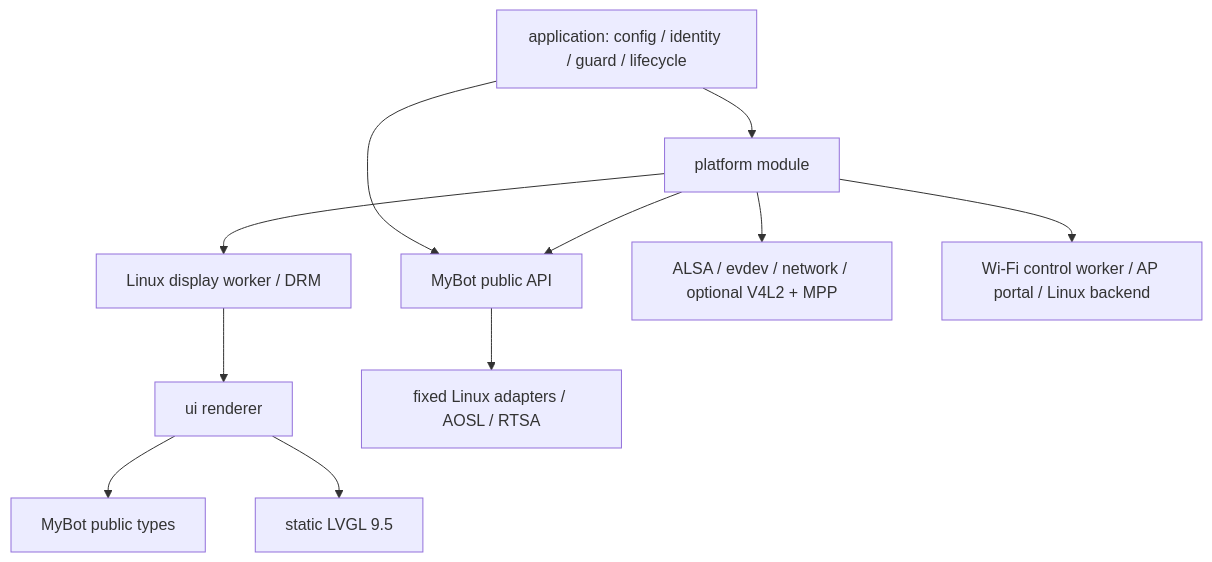
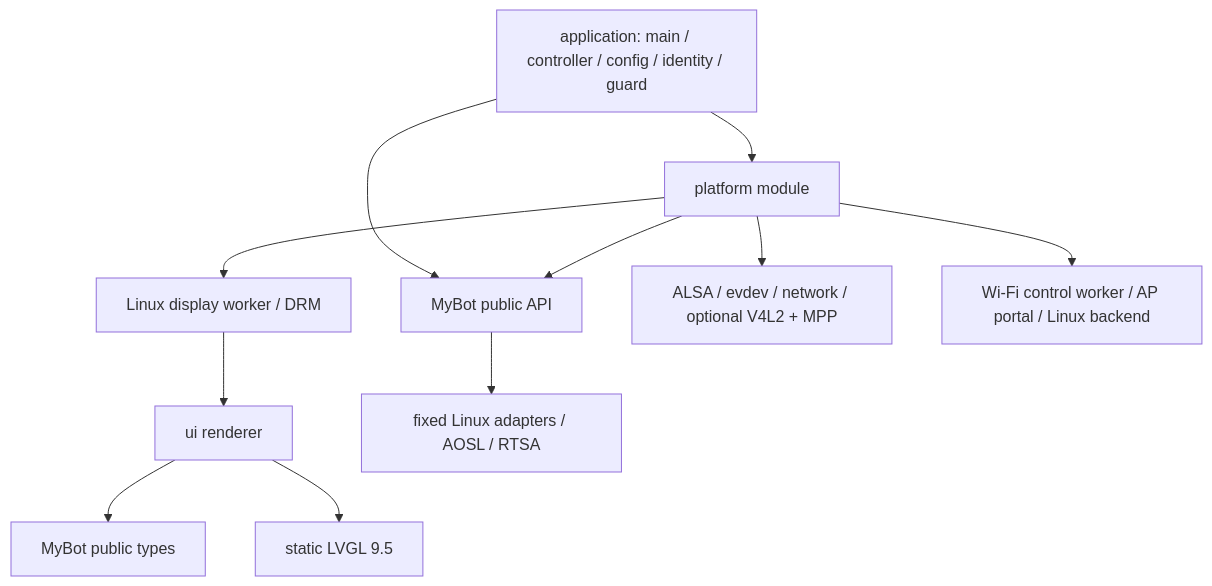
Before and after one commit to AgoraIO-Community/agora-r2-pro-devkit: the diagram in docs/development/architecture.zh-CN.md, drawn with Mermaid. The commit also changed other lines of this file and 24 other files, not shown here.

First line of the commit message:
refactor(app)!: centralize lifecycle and readiness state

````diff
--- a/docs/development/architecture.zh-CN.md
+++ b/docs/development/architecture.zh-CN.md
@@ -25,13 +25,13 @@
 ```mermaid
 flowchart TD
-    app[application: config / identity / guard / lifecycle] --> platform[platform module]
+    app[application: main / controller / config / identity / guard] --> platform[platform module]
     app --> sdk[MyBot public API]
     platform --> sdk
     platform --> display[Linux display worker / DRM]
     platform --> io[ALSA / evdev / network / optional V4L2 + MPP]
     platform --> wifi[Wi-Fi control worker / AP portal / Linux backend]
     display --> ui[ui renderer]
     ui --> public[MyBot public types]
     ui --> lvgl[static LVGL 9.5]
     sdk --> adapters[fixed Linux adapters / AOSL / RTSA]
 ```
````
